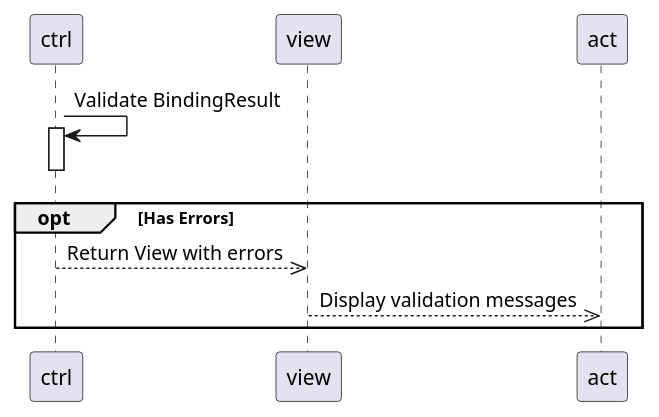
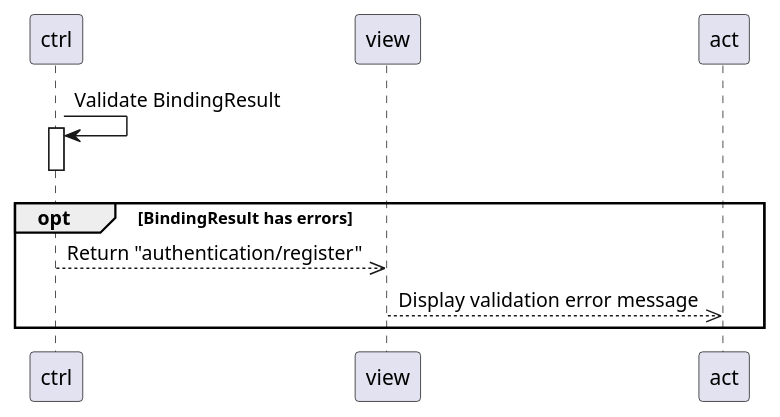
The ninth of 17 diagrams in .agents/skills/plantuml_sequence_diagram/SKILL.md (Phuoctai228/tram-truyen), drawn with PlantUML before and after one commit. The commit also changed other lines of this file and 34 other files, not shown here.

Commit message:
sequence ok

````diff
--- a/.agents/skills/plantuml_sequence_diagram/SKILL.md
+++ b/.agents/skills/plantuml_sequence_diagram/SKILL.md
@@ -98,8 +189,8 @@
-```plantuml
-ctrl -> ctrl++: Validate BindingResult
-ctrl--
-opt Has Errors
-    ctrl -->> view: Return View with errors
-    view -->> act: Display validation messages
-end
-```
+  ```plantuml
+  ctrl -> ctrl++: Validate BindingResult
+  ctrl--
+  opt BindingResult has errors
+      ctrl -->> view: Return "authentication/register"
+      view -->> act: Display validation error message
+  end
+  ```
````
